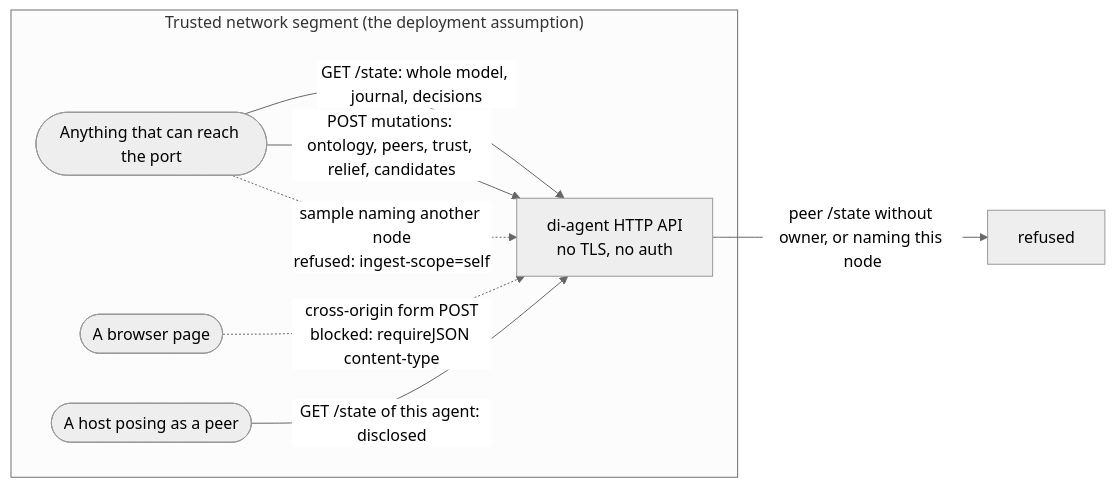
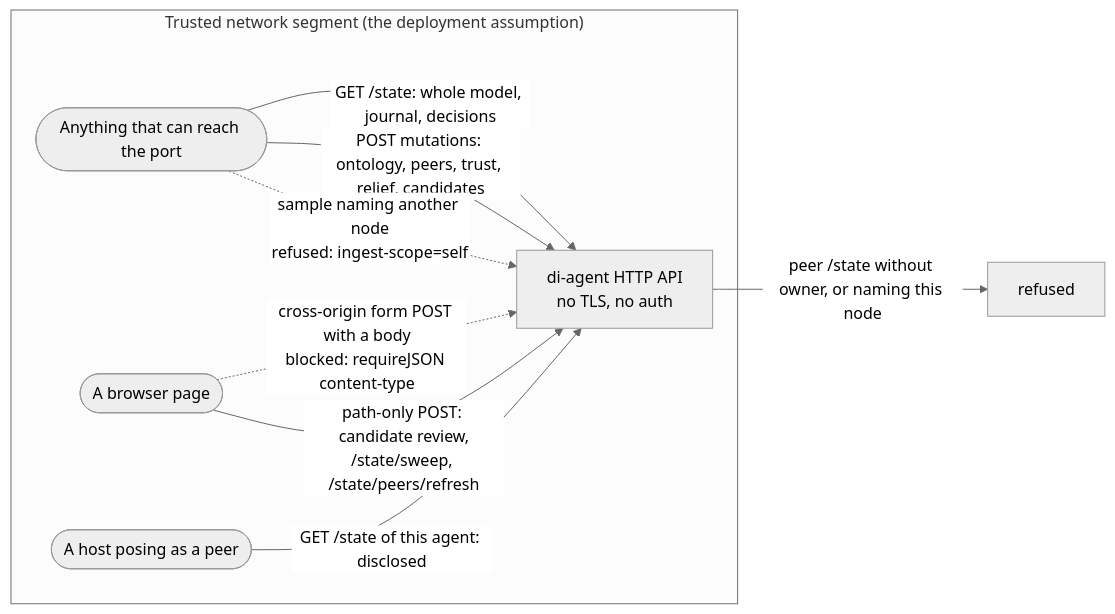
Before and after one commit to DiyazY/di-agent: diagram 16 of 21 in docs/architecture-diagrams.md, drawn with Mermaid (neutral theme). The commit also changed other lines of this file and 10 other files, not shown here.

First line of the commit message:
docs: correct diagrams and contract counts from PR review

````diff
--- a/docs/architecture-diagrams.md
+++ b/docs/architecture-diagrams.md
@@ -525,16 +545,17 @@
 ```mermaid
 flowchart LR
     subgraph lan["Trusted network segment (the deployment assumption)"]
         any(["Anything that can reach the port"])
         browser(["A browser page"])
         peer(["A host posing as a peer"])
         agent["di-agent HTTP API<br/>no TLS, no auth"]
     end
 
     any -->|GET /state: whole model, journal, decisions| agent
     any -->|POST mutations: ontology, peers, trust, relief, candidates| agent
-    browser -.->|cross-origin form POST<br/>blocked: requireJSON content-type| agent
+    browser -.->|cross-origin form POST with a body<br/>blocked: requireJSON content-type| agent
+    browser -->|path-only POST: candidate review,<br/>/state/sweep, /state/peers/refresh| agent
     peer -->|GET /state of this agent: disclosed| agent
     agent -->|peer /state without owner, or naming this node| refused["refused"]
     any -.->|sample naming another node<br/>refused: ingest-scope=self| agent
 ```
````
